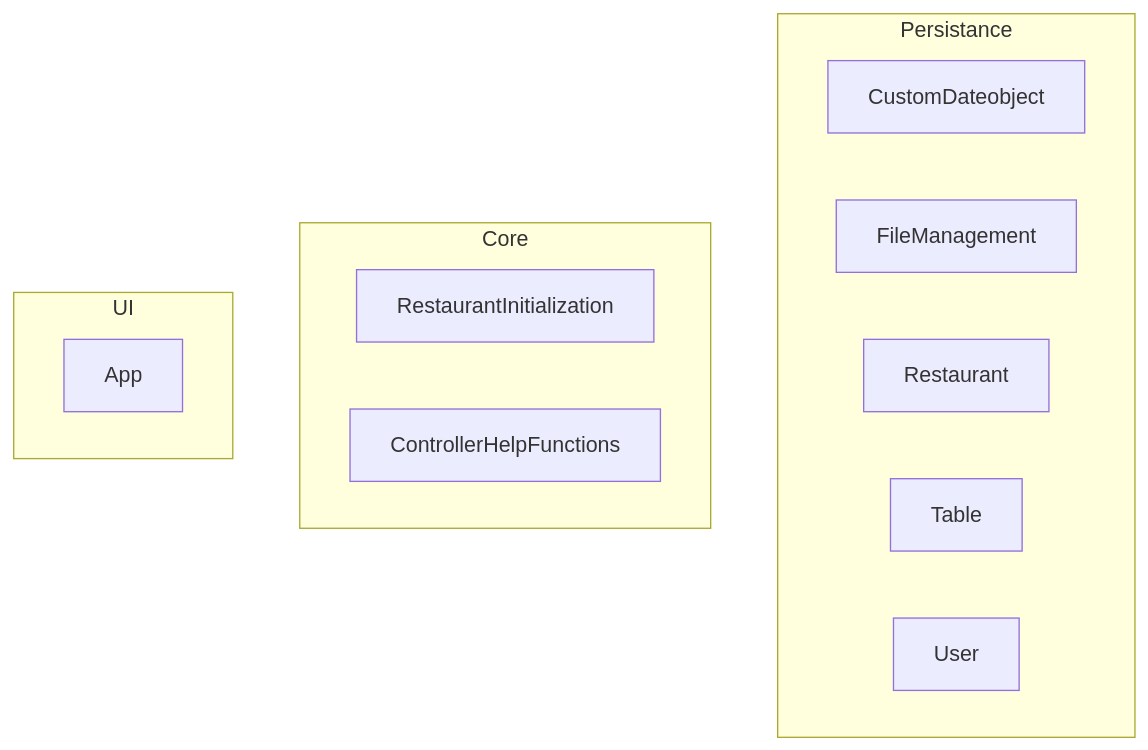
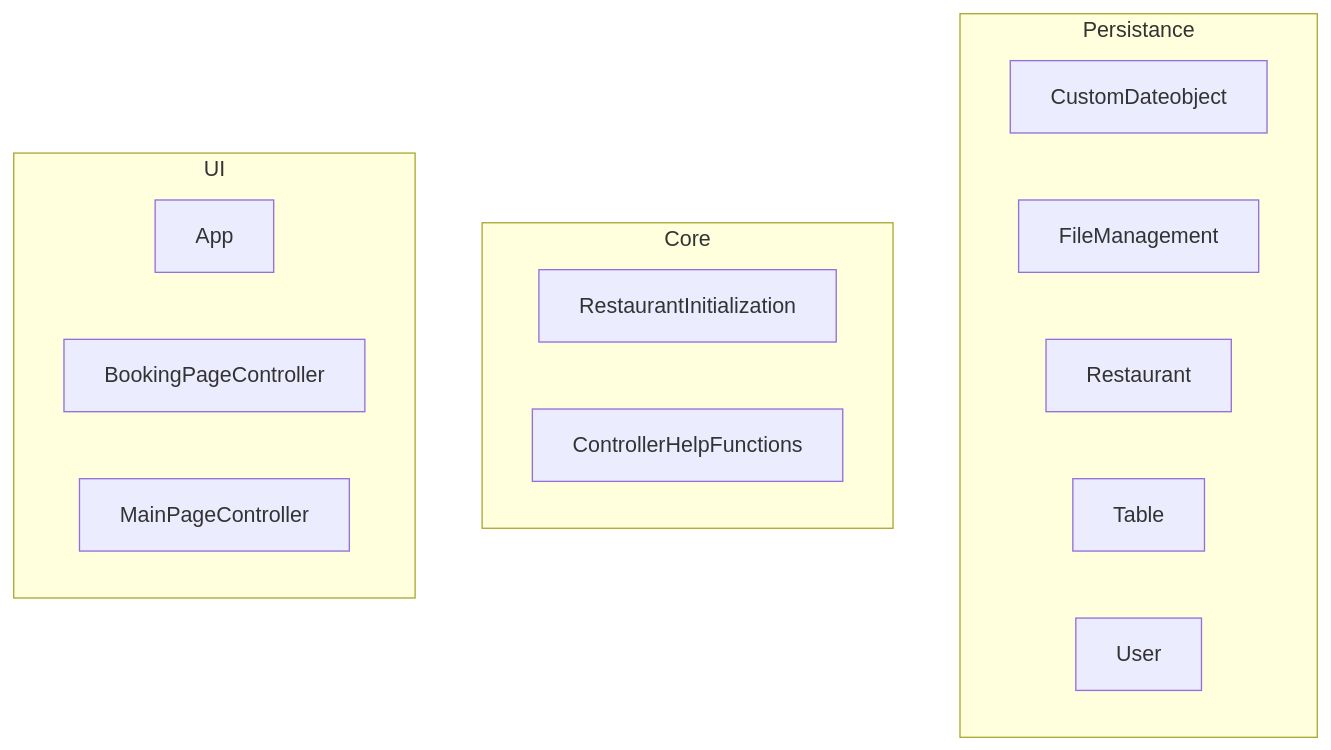
Before and after one commit to marsun02/IT1901_Booking_Manager: the diagram in Package-diagram.md, drawn with Mermaid.

Commit message:
docs: :memo: Added all files to UI package #130

````diff
--- a/Package-diagram.md
+++ b/Package-diagram.md
@@ -1,25 +1,27 @@
 ```mermaid
     graph TD
 
     %% Pakke: Persistance
     subgraph Persistance["Persistance"]
         A1[CustomDateobject]
         A2[FileManagement]
         A3[Restaurant]
         A4[Table]
         A5[User]
 
     end    
 
 
     %% Pakke: Core
     subgraph Core["Core"]
         B1[RestaurantInitialization]
         B2[ControllerHelpFunctions]
     end   
 
     %% Pakke: UI
     subgraph UI["UI"]
         C1[App]
+        C2[BookingPageController]
+        C3[MainPageController]
     end 
 ```
````
